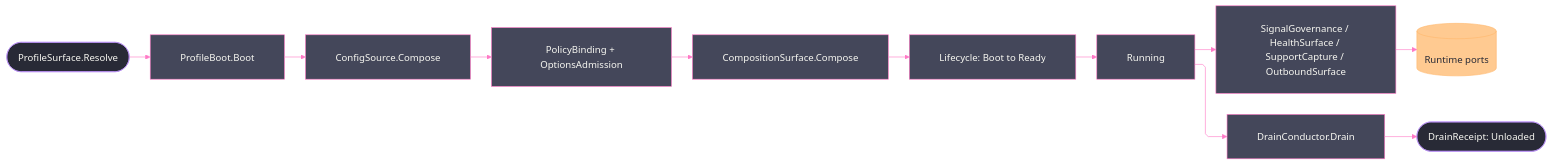
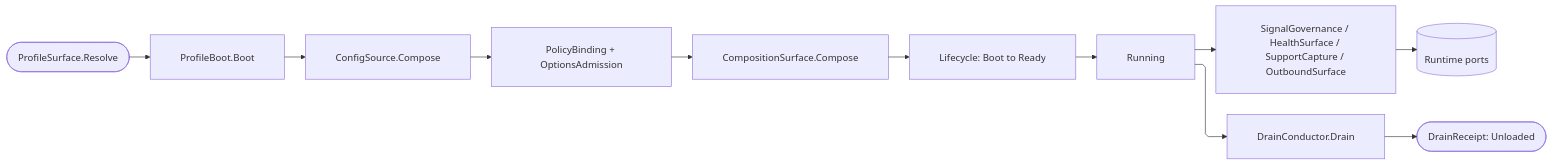
Before and after one commit to bsamiee/Rasm: the fourth of 4 diagrams in libs/csharp/Rasm.AppHost/ARCHITECTURE.md, drawn with Mermaid. The commit also changed other lines of this file and 460 other files, not shown here.

````diff
--- a/libs/csharp/Rasm.AppHost/ARCHITECTURE.md
+++ b/libs/csharp/Rasm.AppHost/ARCHITECTURE.md
@@ -268,44 +192,22 @@
 ```mermaid
 ---
 config:
-  theme: base
-  look: classic
   layout: elk
   flowchart:
     curve: linear
     padding: 25
-  themeVariables:
-    darkMode: true
-    fontFamily: "SF Mono, Menlo, Cascadia Mono, Segoe UI Mono, Consolas, monospace"
-    useGradient: false
-    dropShadow: "none"
-    background: "#282A36"
-    primaryColor: "#44475A"
-    primaryTextColor: "#F8F8F2"
-    primaryBorderColor: "#BD93F9"
-    lineColor: "#FF79C6"
-    textColor: "#F8F8F2"
-    edgeLabelBackground: "#21222C"
-    labelBackgroundColor: "#21222C"
-  themeCSS: ".nodeLabel{font-size:13px;font-weight:500}.edgeLabel{font-size:12px;font-weight:500}.cluster-label .nodeLabel{font-size:13.5px;font-weight:700;letter-spacing:.08em}.edge-thickness-normal{stroke-width:2px}.edge-thickness-thick{stroke-width:3px}.edge-pattern-dashed,.edge-pattern-dotted{stroke-width:1.5px;stroke-dasharray:4 6}.node rect,.node circle,.node polygon,.node path,.node .outer-path{stroke-width:1.5px;filter:none!important}.cluster rect{stroke-width:1px!important;stroke-dasharray:5 4!important;filter:none!important}.marker path{transform:scale(.8);transform-origin:5px 5px}.marker circle{transform:scale(.48);transform-origin:5px 5px}.edgeLabel rect{transform-box:fill-box;transform-origin:center;transform:scale(1.1,1.2)}"
 ---
 flowchart LR
     accTitle: AppHost boot-to-drain spine
     accDescr: Profile resolution feeds host boot, configuration, composition, and the lifecycle cell; runtime rails surround Running and surface through the runtime ports; the drain conductor folds participants into one unload receipt.
     Resolve(["ProfileSurface.Resolve"]) --> Boot["ProfileBoot.Boot"]
     Boot --> Compose["ConfigSource.Compose"]
     Compose --> Admit["PolicyBinding + OptionsAdmission"]
     Admit --> Fold["CompositionSurface.Compose"]
     Fold --> Ready["Lifecycle: Boot to Ready"]
     Ready --> Running["Running"]
     Running --> Rails["SignalGovernance / HealthSurface / SupportCapture / OutboundSurface"]
     Rails --> Ports[("Runtime ports")]
     Running --> Drain["DrainConductor.Drain"]
     Drain --> Unloaded(["DrainReceipt: Unloaded"])
-    classDef boundary fill:#282A36,stroke:#BD93F9,color:#F8F8F2
-    classDef primary fill:#44475A,stroke:#FF79C6,color:#F8F8F2
-    classDef data fill:#FFB86CBF,stroke:#FFB86C,color:#282A36
-    class Resolve,Unloaded boundary
-    class Boot,Compose,Admit,Fold,Ready,Running,Rails,Drain primary
-    class Ports data
 ```
````
